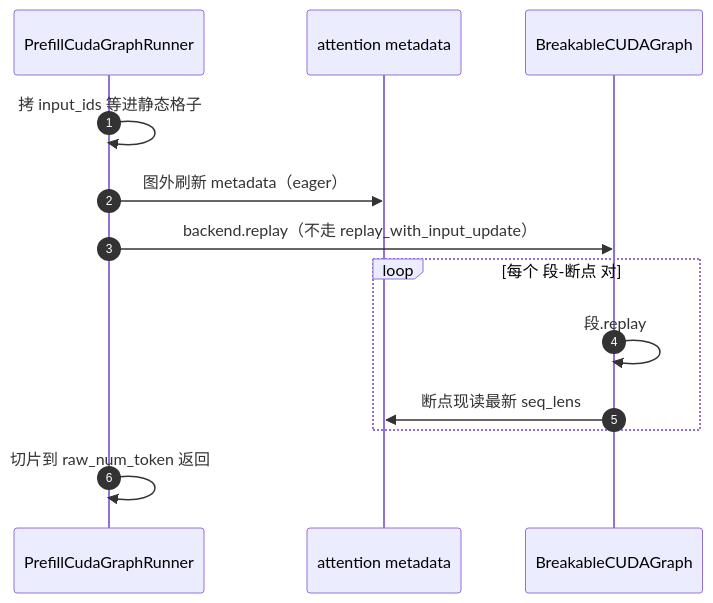
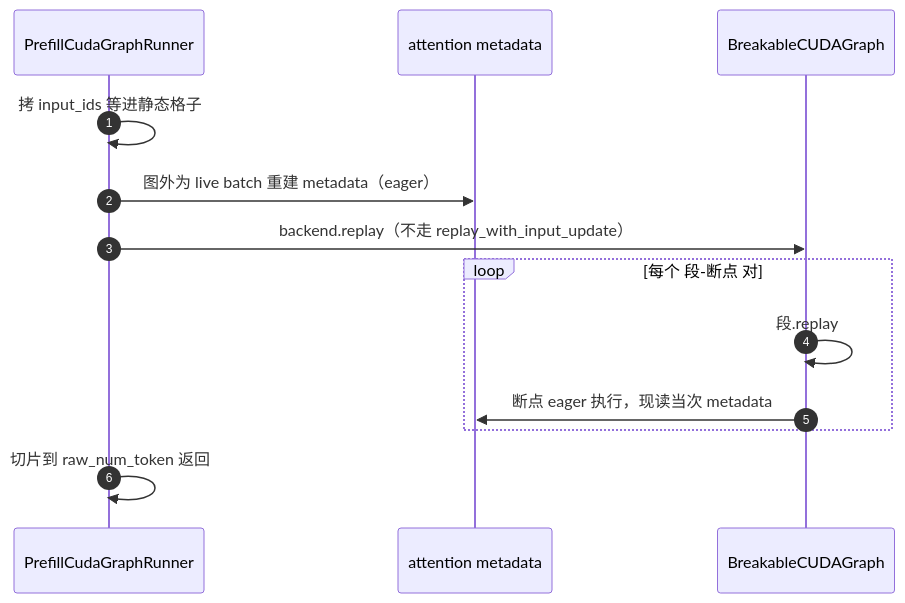
The third of 3 diagrams in FE/BreakableNPUGraphBackend设计方案/breakable_npu_graph_backend_design.md (kyrotiko/sglang-docs), drawn with Mermaid before and after one commit. The commit also changed other lines of this file and 6 other files, not shown here.

````diff
--- a/FE/BreakableNPUGraphBackend设计方案/breakable_npu_graph_backend_design.md
+++ b/FE/BreakableNPUGraphBackend设计方案/breakable_npu_graph_backend_design.md
@@ -153,15 +74,15 @@
 ```mermaid
 sequenceDiagram
     autonumber
     participant R as PrefillCudaGraphRunner
     participant M as attention metadata
     participant G as BreakableCUDAGraph
     R->>R: 拷 input_ids 等进静态格子
-    R->>M: 图外刷新 metadata（eager）
+    R->>M: 图外为 live batch 重建 metadata（eager）
     R->>G: backend.replay（不走 replay_with_input_update）
     loop 每个 段-断点 对
         G->>G: 段.replay
-        G->>M: 断点现读最新 seq_lens
+        G->>M: 断点 eager 执行，现读当次 metadata
     end
     R->>R: 切片到 raw_num_token 返回
 ```
````
